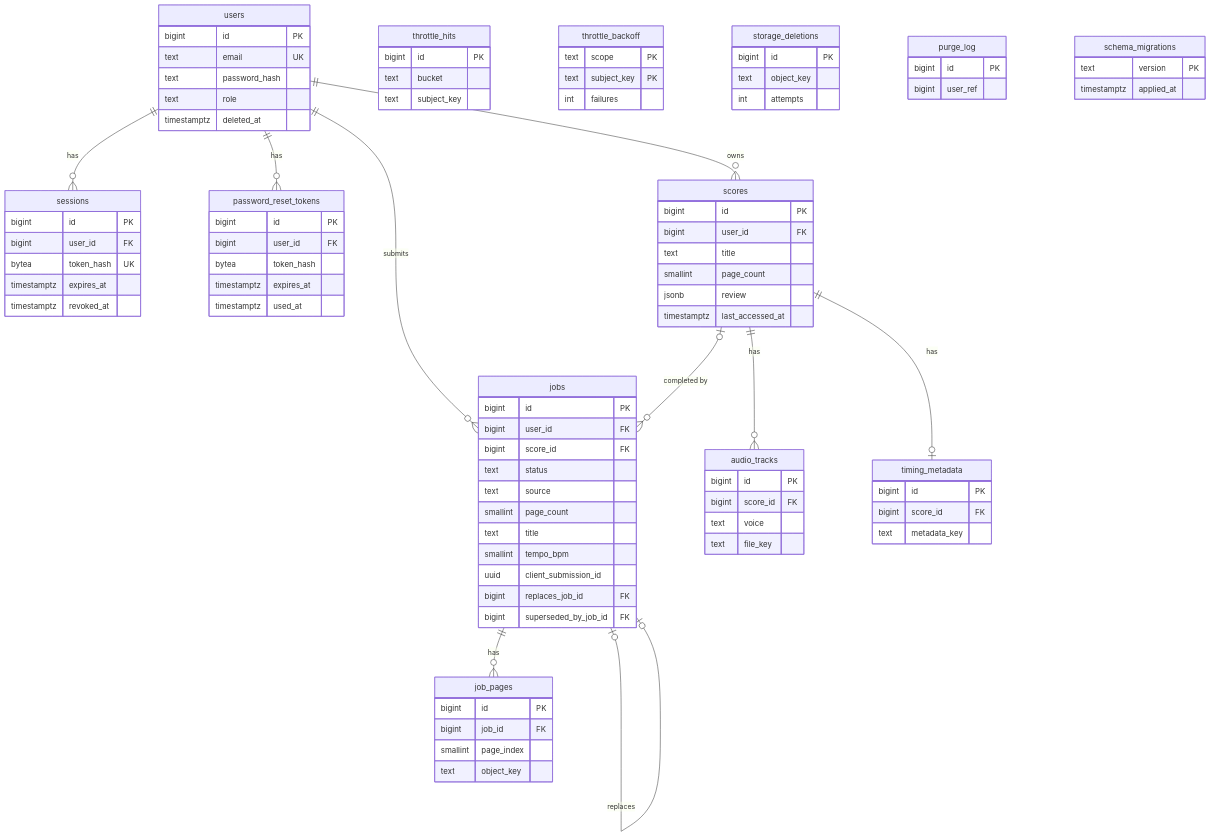
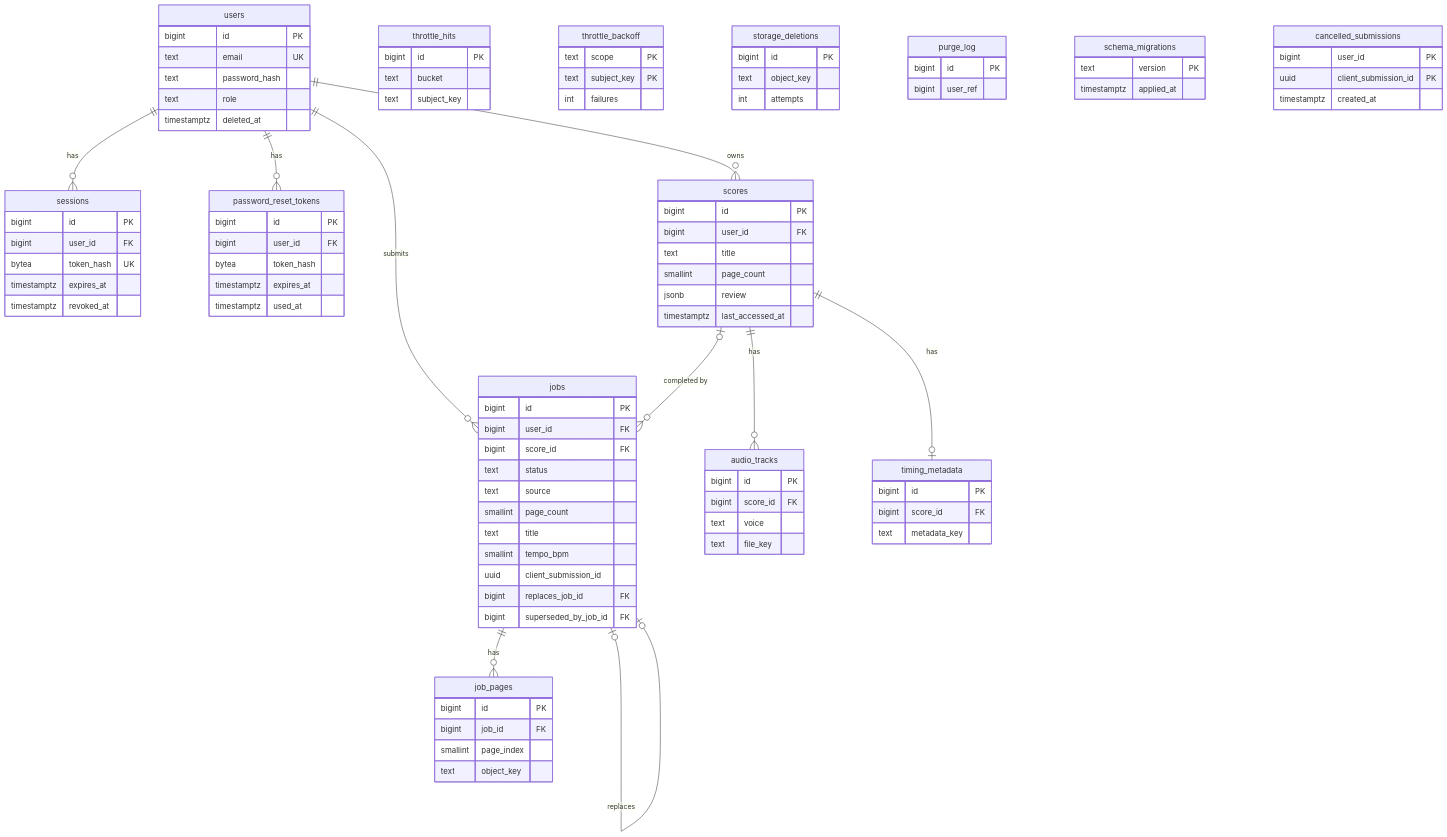
Before and after one commit to pineappleapi/PiyaNota: the diagram in docs/backend/erd.md, drawn with Mermaid. The commit also changed other lines of this file and 92 other files, not shown here.

````diff
--- a/docs/backend/erd.md
+++ b/docs/backend/erd.md
@@ -101,4 +101,9 @@
         text version PK
         timestamptz applied_at
     }
+    cancelled_submissions {
+        bigint user_id PK
+        uuid client_submission_id PK
+        timestamptz created_at
+    }
 ```
````
